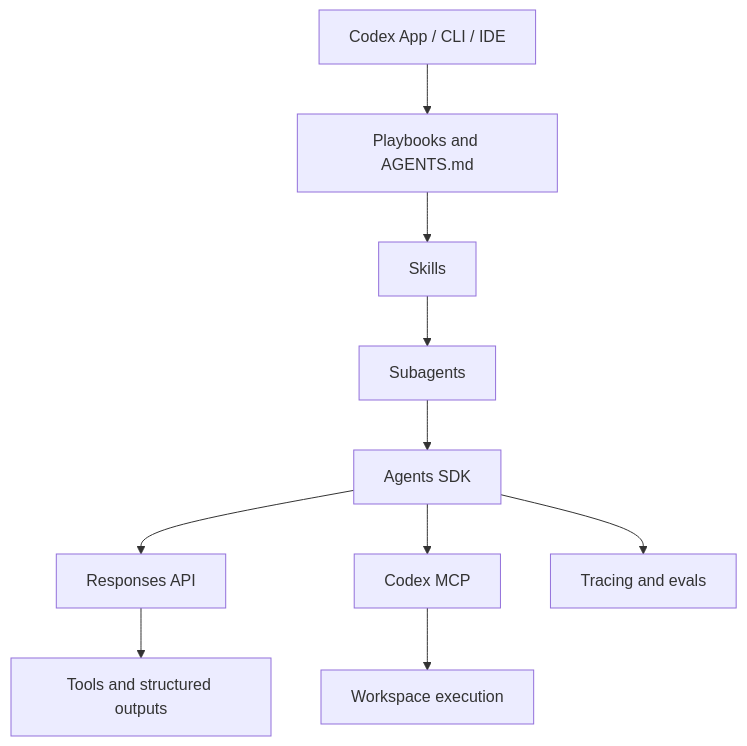
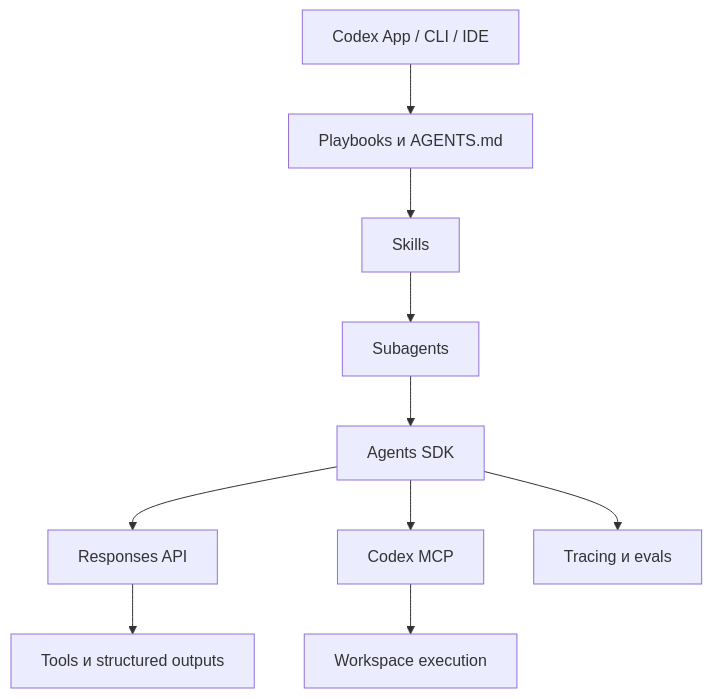
Before and after one commit to alexroadcaster/product-agent-os: the third of 5 diagrams in docs/diagrams/architecture.md, drawn with Mermaid. The commit also changed other lines of this file and 447 other files, not shown here.

````diff
--- a/docs/diagrams/architecture.md
+++ b/docs/diagrams/architecture.md
@@ -50,12 +50,12 @@
 ```mermaid
 flowchart TD
-    C["Codex App / CLI / IDE"] --> P["Playbooks and AGENTS.md"]
+    C["Codex App / CLI / IDE"] --> P["Playbooks и AGENTS.md"]
     P --> S["Skills"]
     S --> SA["Subagents"]
     SA --> ASDK["Agents SDK"]
     ASDK --> RAPI["Responses API"]
     ASDK --> MCP["Codex MCP"]
-    RAPI --> TOOLS["Tools and structured outputs"]
+    RAPI --> TOOLS["Tools и structured outputs"]
     MCP --> WS["Workspace execution"]
-    ASDK --> TR["Tracing and evals"]
+    ASDK --> TR["Tracing и evals"]
 ```
````
